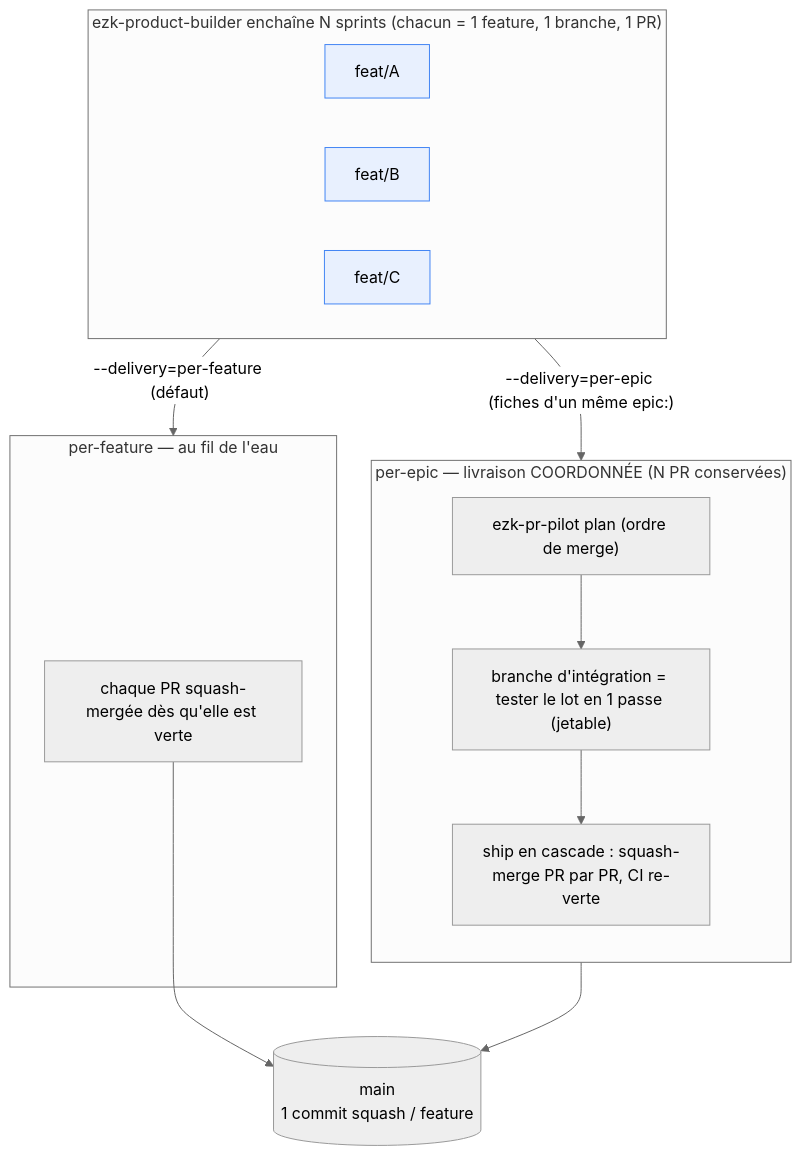
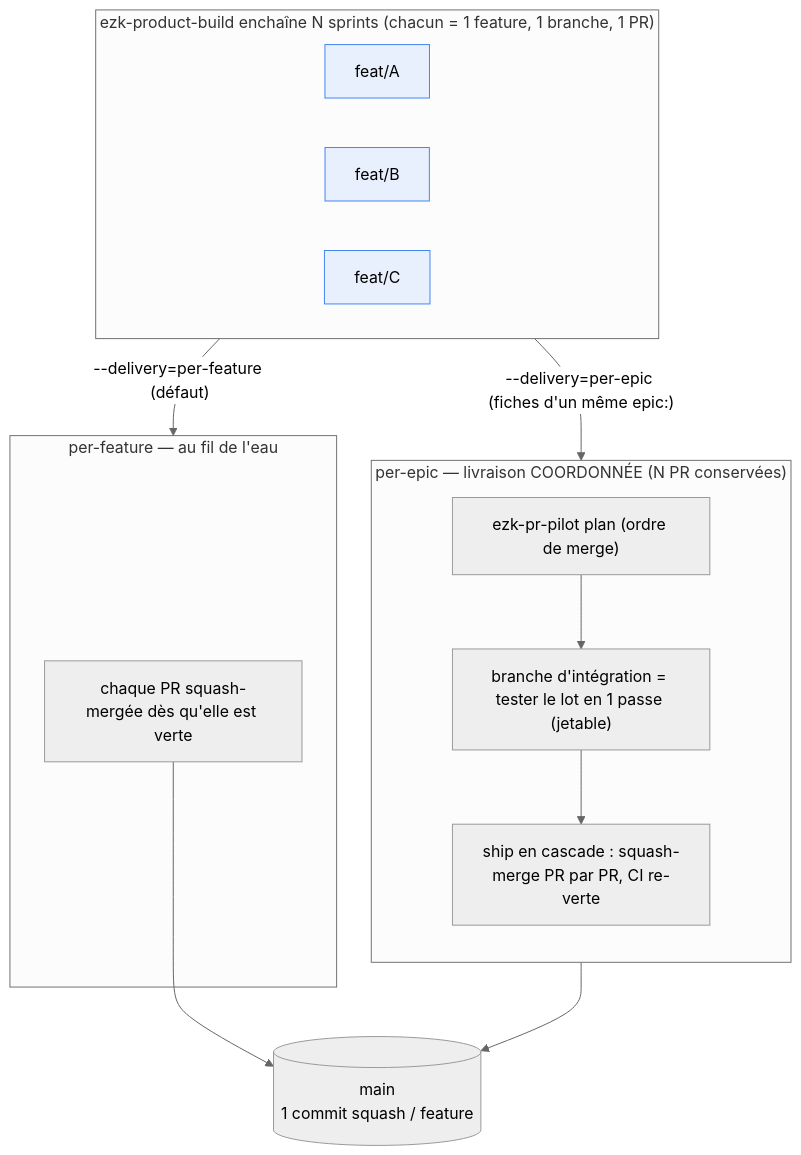
The diagram in docs/adr/ADR-037-grain-merge-separable-du-grain-revue.md (elzinko/vectorz), drawn with Mermaid (neutral theme) before and after one commit. The commit also changed other lines of this file and 164 other files, not shown here.

````diff
--- a/docs/adr/ADR-037-grain-merge-separable-du-grain-revue.md
+++ b/docs/adr/ADR-037-grain-merge-separable-du-grain-revue.md
@@ -53,25 +53,25 @@
 ```mermaid
 flowchart TB
-    subgraph SPRINTS["ezk-product-builder enchaîne N sprints (chacun = 1 feature, 1 branche, 1 PR)"]
+    subgraph SPRINTS["ezk-product-build enchaîne N sprints (chacun = 1 feature, 1 branche, 1 PR)"]
         F1["feat/A"]:::feat
         F2["feat/B"]:::feat
         F3["feat/C"]:::feat
     end
 
     SPRINTS -->|"--delivery=per-feature (défaut)"| PF
     SPRINTS -->|"--delivery=per-epic (fiches d'un même epic:)"| EP
 
     subgraph PF["per-feature — au fil de l'eau"]
         PF1["chaque PR squash-mergée dès qu'elle est verte"]
     end
 
     subgraph EP["per-epic — livraison COORDONNÉE (N PR conservées)"]
         direction TB
         EP1["ezk-pr-pilot plan (ordre de merge)"] --> EP2["branche d'intégration = tester le lot en 1 passe (jetable)"] --> EP3["ship en cascade : squash-merge PR par PR, CI re-verte"]
     end
 
     PF1 --> MAIN[("main<br/>1 commit squash / feature")]
     EP3 --> MAIN
 
     classDef feat fill:#e8f0fe,stroke:#4285f4;
 ```
````
